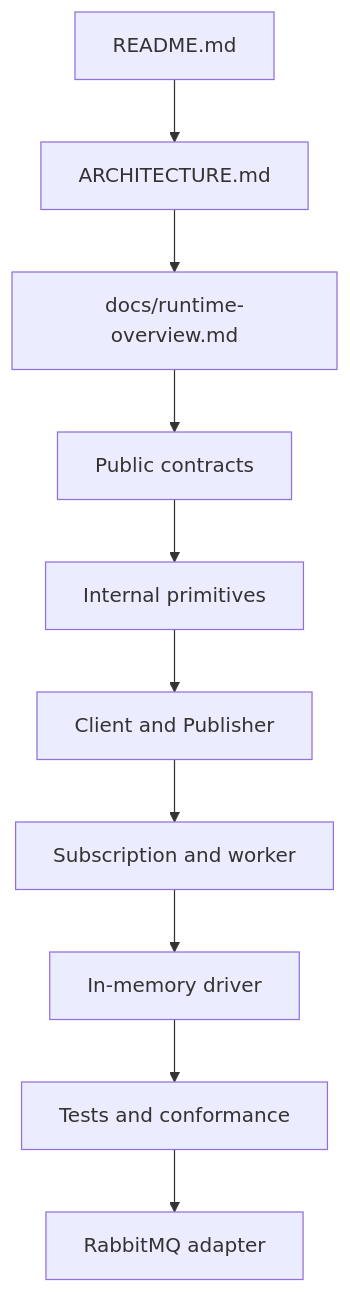
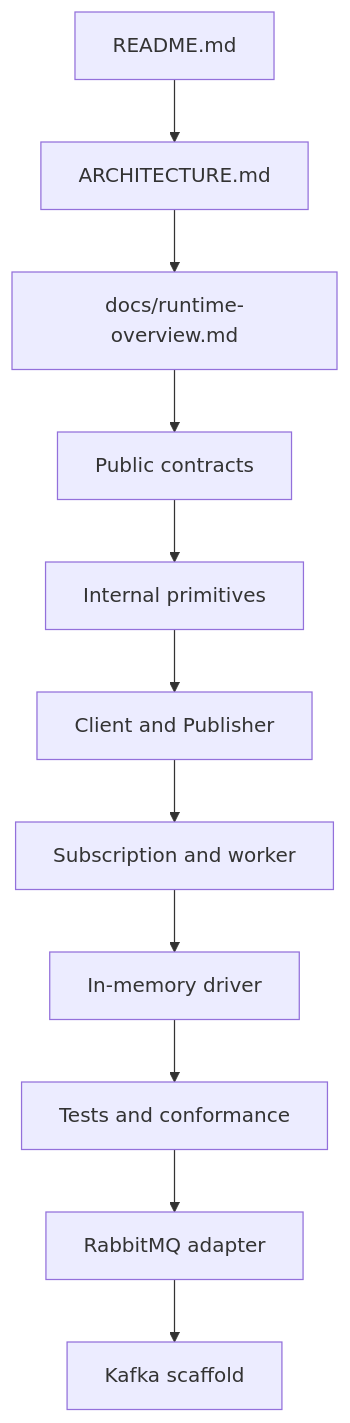
One commit to bktrung/edm_sdk changed the diagram in docs/reading-guide.md. Above: the diagram before and after it, drawn with Mermaid. The commit also changed other lines of this file and 81 other files, not shown here.

First line of the commit message:
feat: add the maintenance port, dead-letter details and the kafka scaffold

````diff
--- a/docs/reading-guide.md
+++ b/docs/reading-guide.md
@@ -5,12 +5,13 @@
 ```mermaid
 flowchart TD
     A[README.md] --> B[ARCHITECTURE.md]
     B --> C[docs/runtime-overview.md]
     C --> D[Public contracts]
     D --> E[Internal primitives]
     E --> F[Client and Publisher]
     F --> G[Subscription and worker]
     G --> H[In-memory driver]
     H --> I[Tests and conformance]
     I --> J[RabbitMQ adapter]
+    J --> K[Kafka scaffold]
 ```
````
